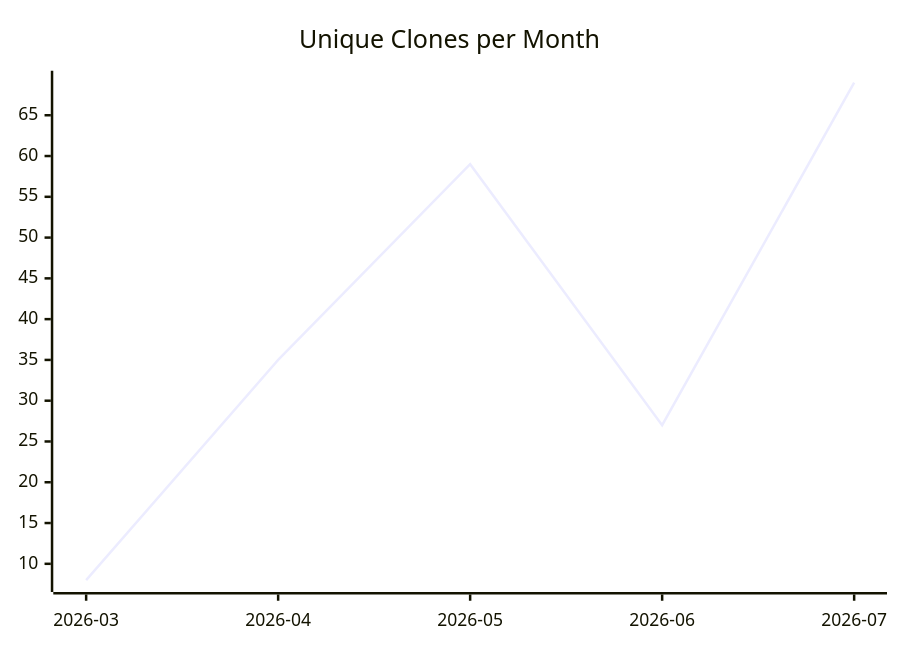
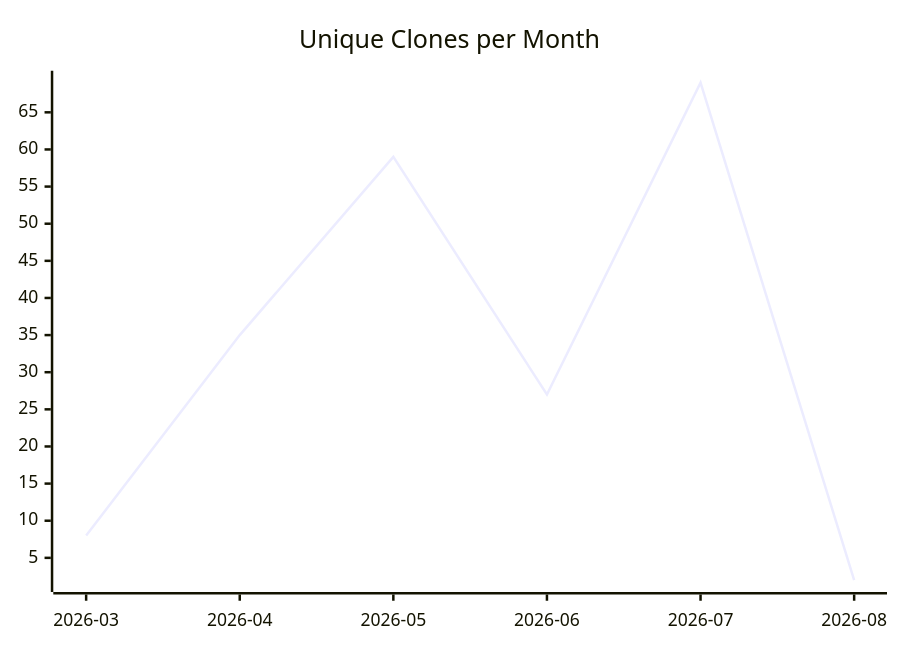
The third of 3 diagrams in karlmdavis/fhir-benchmarks/README.md (justdavis-family/github-analytics-data), drawn with Mermaid before and after one commit. The commit also changed other lines of this file and 180 other files, not shown here.

````diff
--- a/karlmdavis/fhir-benchmarks/README.md
+++ b/karlmdavis/fhir-benchmarks/README.md
@@ -19,6 +19,6 @@
 ```mermaid
 xychart-beta
   title "Unique Clones per Month"
-  x-axis ["2026-03", "2026-04", "2026-05", "2026-06", "2026-07"]
-  line [8, 35, 59, 27, 69]
+  x-axis ["2026-03", "2026-04", "2026-05", "2026-06", "2026-07", "2026-08"]
+  line [8, 35, 59, 27, 69, 2]
 ```
````
